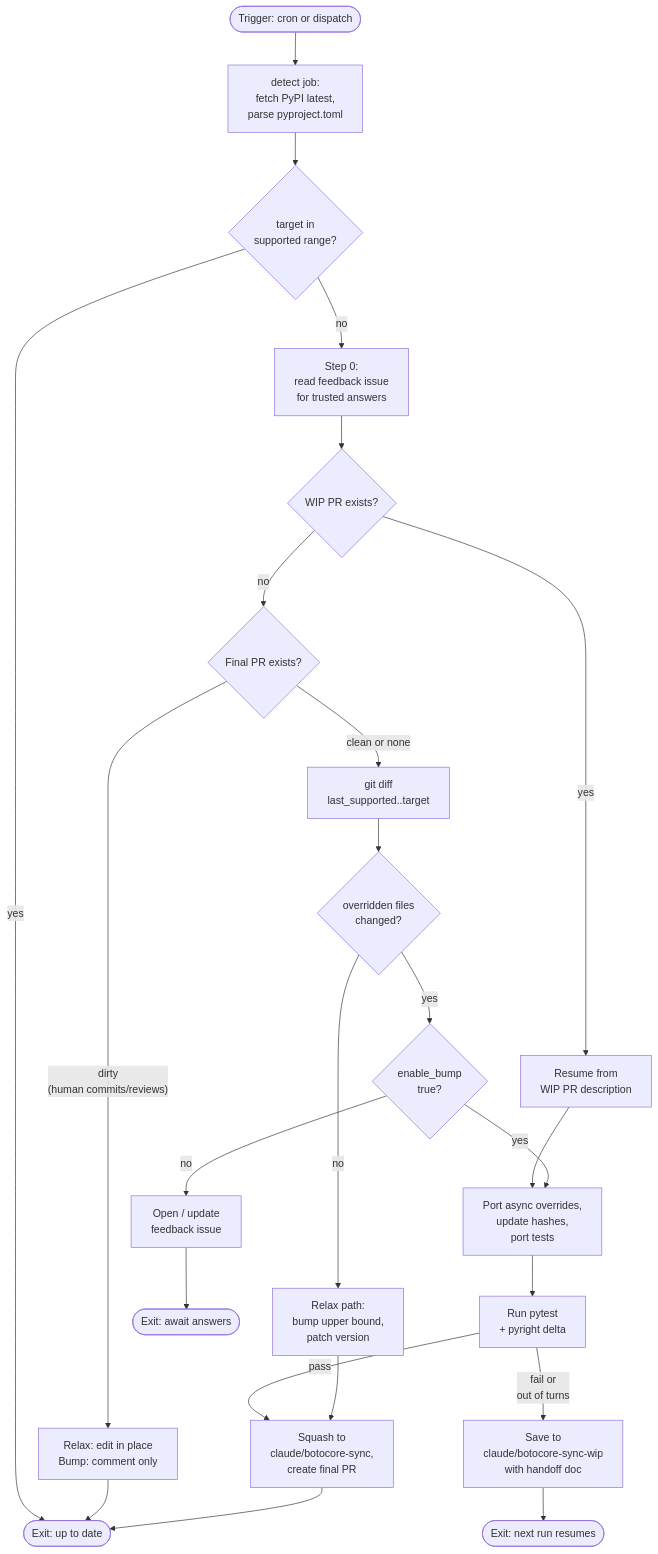
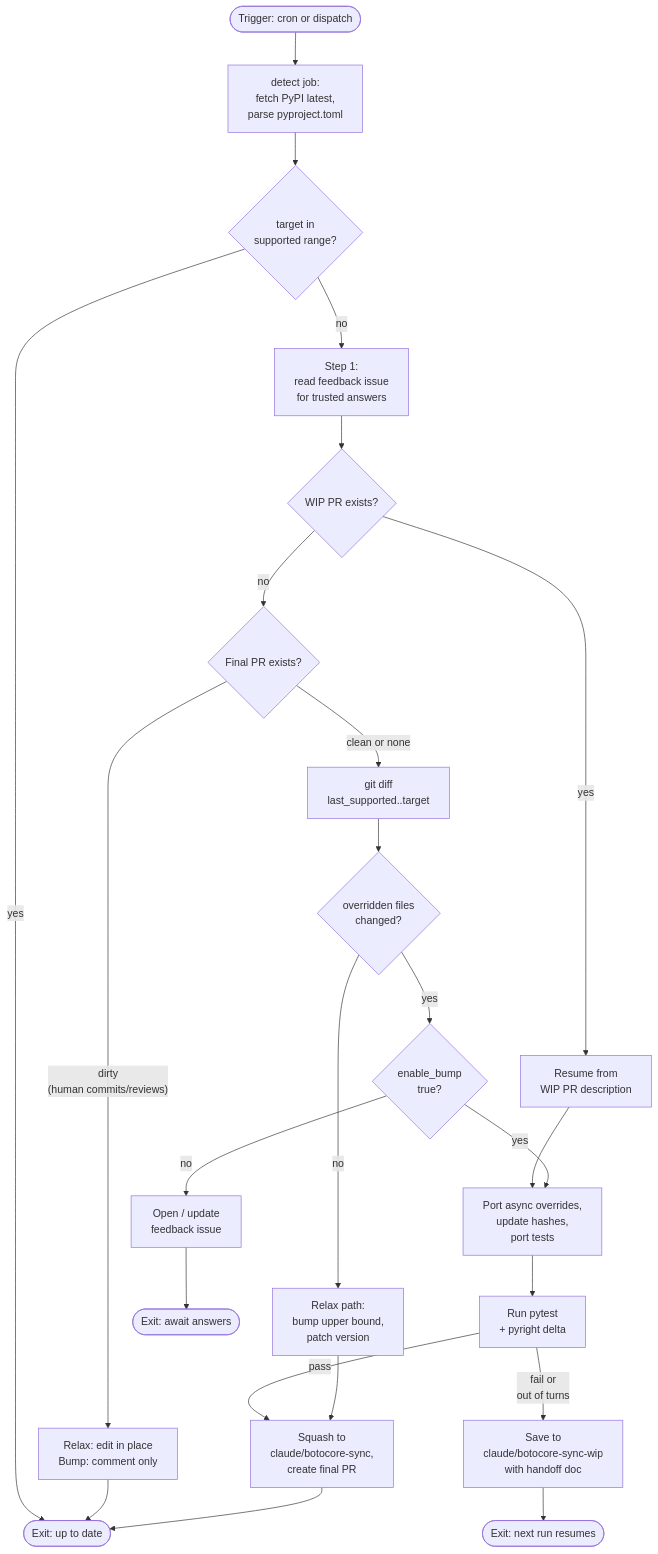
One commit to aio-libs/aiobotocore changed the second of 2 diagrams in docs/ai-workflows.md. Above: the diagram before and after it, drawn with Mermaid. The commit also changed other lines of this file, not shown here.

````diff
--- a/docs/ai-workflows.md
+++ b/docs/ai-workflows.md
@@ -192,27 +192,27 @@
 ```mermaid
 flowchart TD
     start([Trigger: cron or dispatch])
     start --> detect["detect job:<br/>fetch PyPI latest,<br/>parse pyproject.toml"]
     detect --> inrange{target in<br/>supported range?}
     inrange -->|yes| exitOK([Exit: up to date])
-    inrange -->|no| step0["Step 0:<br/>read feedback issue<br/>for trusted answers"]
-    step0 --> wipCheck{WIP PR exists?}
+    inrange -->|no| step1["Step 1:<br/>read feedback issue<br/>for trusted answers"]
+    step1 --> wipCheck{WIP PR exists?}
     wipCheck -->|yes| resume[Resume from<br/>WIP PR description]
     wipCheck -->|no| finalCheck{Final PR exists?}
     finalCheck -->|"dirty<br/>(human commits/reviews)"| dirty[Relax: edit in place<br/>Bump: comment only]
     finalCheck -->|clean or none| diff["git diff<br/>last_supported..target"]
     resume --> port
     diff --> classify{overridden files<br/>changed?}
     classify -->|no| relax[Relax path:<br/>bump upper bound,<br/>patch version]
     classify -->|yes| bumpGate{enable_bump<br/>true?}
     bumpGate -->|no| feedback[Open / update<br/>feedback issue]
     bumpGate -->|yes| port[Port async overrides,<br/>update hashes,<br/>port tests]
     port --> validate["Run pytest<br/>+ pyright delta"]
     validate -->|pass| finalize["Squash to<br/>claude/botocore-sync,<br/>create final PR"]
     validate -->|"fail or<br/>out of turns"| saveWIP[Save to<br/>claude/botocore-sync-wip<br/>with handoff doc]
     relax --> finalize
     dirty --> exitOK
     finalize --> exitOK
     feedback --> exitFB([Exit: await answers])
     saveWIP --> exitWIP([Exit: next run resumes])
 ```
````
